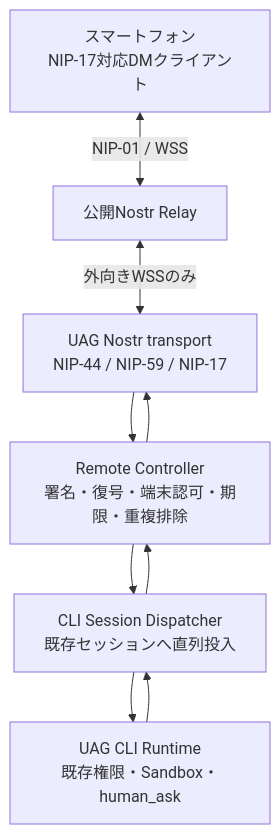
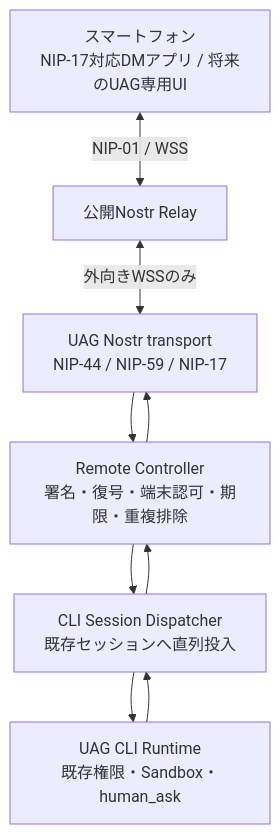
Before and after one commit to awaku7/agentcli: the diagram in docs/NOSTR_REMOTE_CLI_DESIGN.ja.md, drawn with Mermaid. The commit also changed other lines of this file, not shown here.

````diff
--- a/docs/NOSTR_REMOTE_CLI_DESIGN.ja.md
+++ b/docs/NOSTR_REMOTE_CLI_DESIGN.ja.md
@@ -55,11 +57,11 @@
 ```mermaid
 flowchart TB
-    M["スマートフォン<br/>NIP-17対応DMクライアント"] <-->|"NIP-01 / WSS"| R["公開Nostr Relay"]
+    M["スマートフォン<br/>NIP-17対応DMアプリ / 将来のUAG専用UI"] <-->|"NIP-01 / WSS"| R["公開Nostr Relay"]
     R <-->|"外向きWSSのみ"| T["UAG Nostr transport<br/>NIP-44 / NIP-59 / NIP-17"]
     T --> V["Remote Controller<br/>署名・復号・端末認可・期限・重複排除"]
     V --> S["CLI Session Dispatcher<br/>既存セッションへ直列投入"]
     S --> L["UAG CLI Runtime<br/>既存権限・Sandbox・human_ask"]
     L --> S
     S --> V
     V --> T
 ```
````
